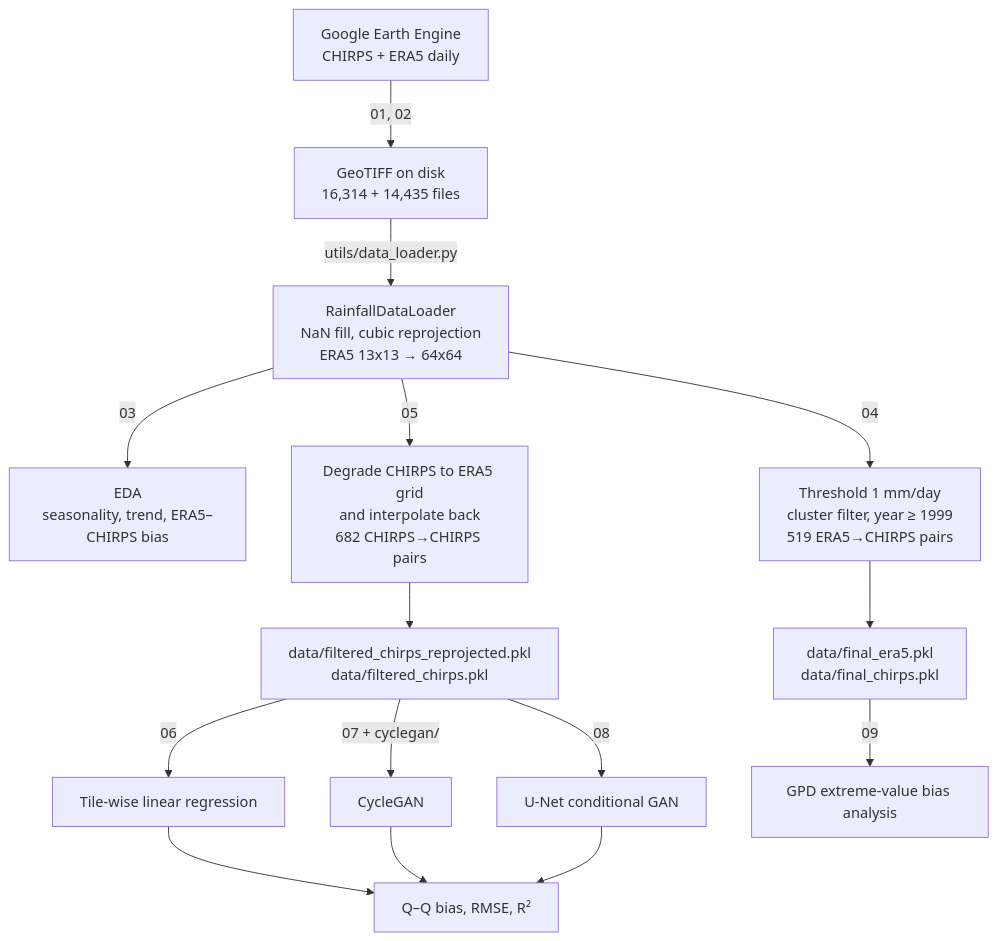
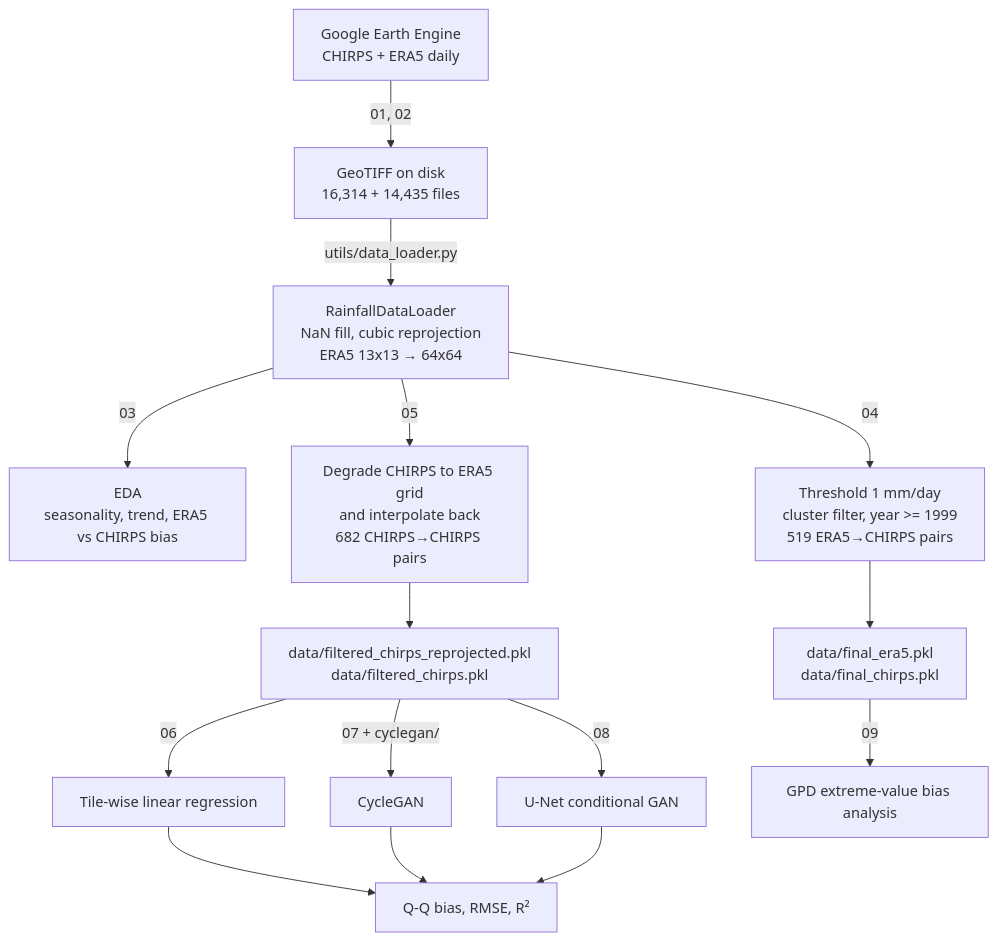
Before and after one commit to Exyons/rainfall-downscaling-gan: the diagram in README.md, drawn with Mermaid. The commit also changed other lines of this file and 1 other file, not shown here.

````diff
--- a/README.md
+++ b/README.md
@@ -89,17 +89,17 @@
 ```mermaid
 flowchart TD
     A["Google Earth Engine<br/>CHIRPS + ERA5 daily"] -->|"01, 02"| B["GeoTIFF on disk<br/>16,314 + 14,435 files"]
     B -->|"utils/data_loader.py"| C["RainfallDataLoader<br/>NaN fill, cubic reprojection<br/>ERA5 13x13 → 64x64"]
-    C -->|"03"| D["EDA<br/>seasonality, trend, ERA5–CHIRPS bias"]
-    C -->|"04"| E["Threshold 1 mm/day<br/>cluster filter, year ≥ 1999<br/>519 ERA5→CHIRPS pairs"]
+    C -->|"03"| D["EDA<br/>seasonality, trend, ERA5 vs CHIRPS bias"]
+    C -->|"04"| E["Threshold 1 mm/day<br/>cluster filter, year >= 1999<br/>519 ERA5→CHIRPS pairs"]
     C -->|"05"| F["Degrade CHIRPS to ERA5 grid<br/>and interpolate back<br/>682 CHIRPS→CHIRPS pairs"]
     E --> G["data/final_era5.pkl<br/>data/final_chirps.pkl"]
     F --> H["data/filtered_chirps_reprojected.pkl<br/>data/filtered_chirps.pkl"]
     H -->|"06"| I["Tile-wise linear regression"]
     H -->|"07 + cyclegan/"| J["CycleGAN"]
     H -->|"08"| K["U-Net conditional GAN"]
     G -->|"09"| L["GPD extreme-value bias analysis"]
-    I --> M["Q–Q bias, RMSE, R²"]
+    I --> M["Q-Q bias, RMSE, R²"]
     J --> M
     K --> M
 ```
````
